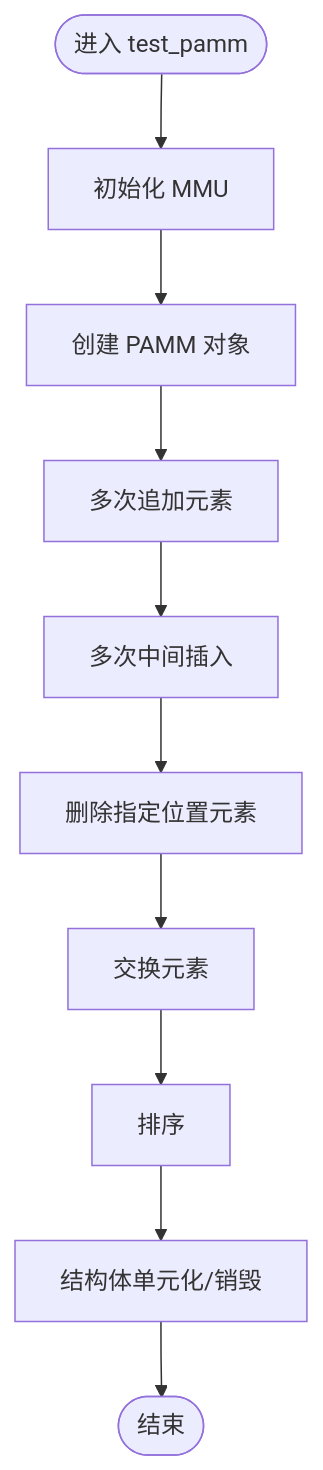
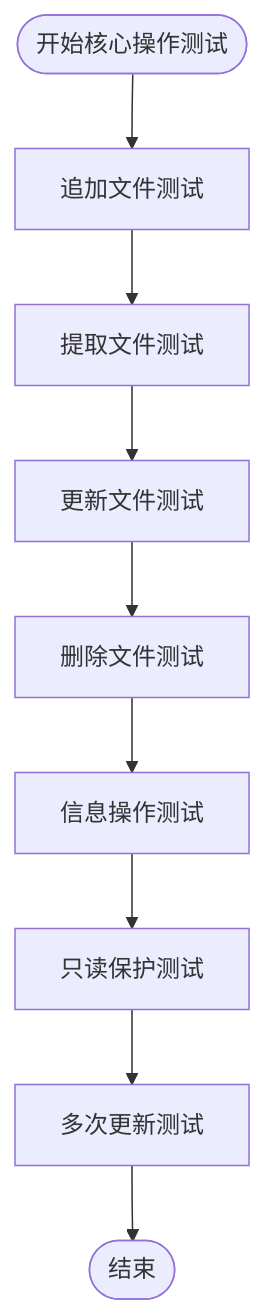
One commit to xywhsoft/xpack changed the third of 4 diagrams in .qoder/repowiki/zh/content/开发者指南/测试框架.md. Above: the diagram before and after it, drawn with Mermaid. The commit also changed other lines of this file and 23 other files, not shown here.

````diff
--- a/.qoder/repowiki/zh/content/开发者指南/测试框架.md
+++ b/.qoder/repowiki/zh/content/开发者指南/测试框架.md
@@ -139,12 +162,11 @@
 ```mermaid
 flowchart TD
-Start(["进入 test_pamm"]) --> Init["初始化 MMU"]
-Init --> Create["创建 PAMM 对象"]
-Create --> Append["多次追加元素"]
-Append --> Insert["多次中间插入"]
-Insert --> Remove["删除指定位置元素"]
-Remove --> Swap["交换元素"]
-Swap --> Sort["排序"]
-Sort --> Unit["结构体单元化/销毁"]
-Unit --> End(["结束"])
+Start(["开始核心操作测试"]) --> AppendFile["追加文件测试"]
+AppendFile --> ExtractFile["提取文件测试"]
+ExtractFile --> UpdateFile["更新文件测试"]
+UpdateFile --> RemoveFile["删除文件测试"]
+RemoveFile --> InfoOps["信息操作测试"]
+InfoOps --> ReadOnly["只读保护测试"]
+ReadOnly --> MultiUpdates["多次更新测试"]
+MultiUpdates --> End(["结束"])
 ```
````
